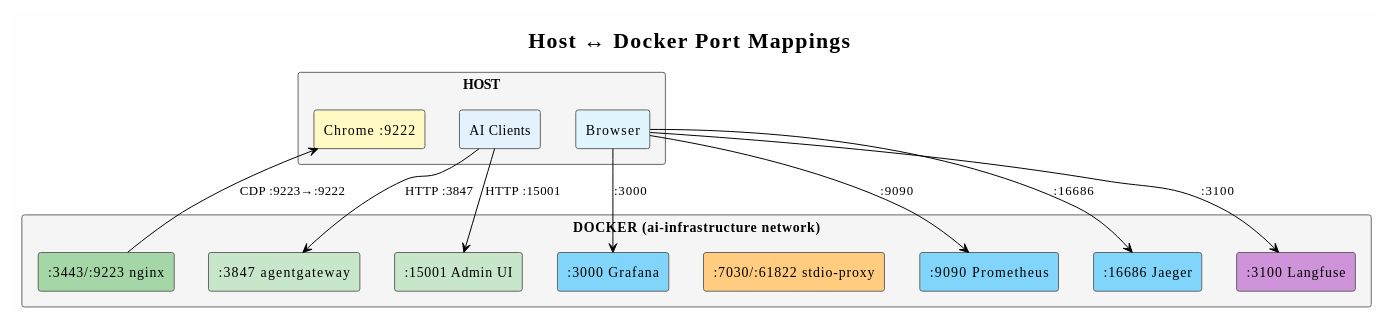
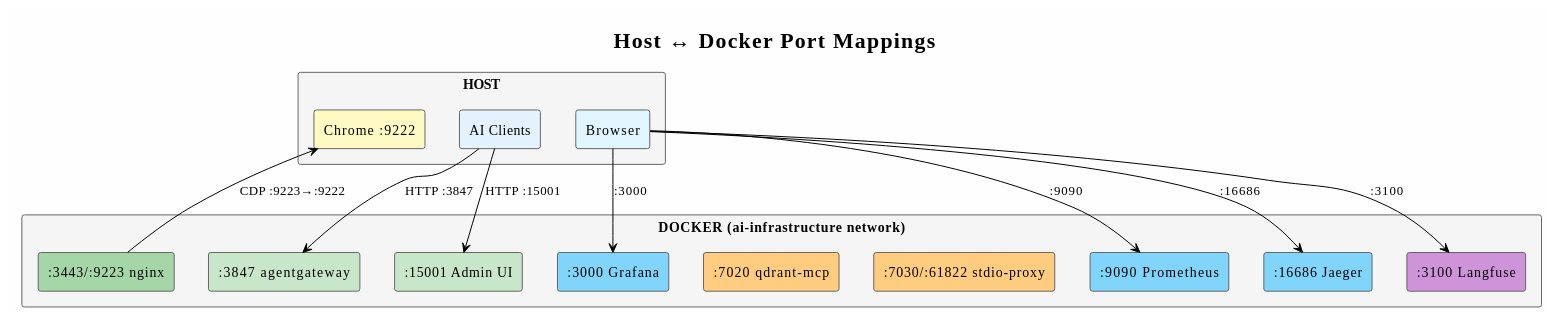
Before and after one commit to bobthearsonist/ai-infrastructure: the second of 2 diagrams in README.md, drawn with PlantUML. The commit also changed other lines of this file and 2 other files, not shown here.

First line of the commit message:
docs: update documentation for qdrant-mcp and cross-platform client config

````diff
--- a/README.md
+++ b/README.md
@@ -130,37 +133,38 @@
 ```plantuml
 @startuml network-ports
 !theme plain
 skinparam backgroundColor #FEFEFE
 skinparam defaultFontName Consolas
 skinparam rectangleBorderColor #666666
 skinparam rectangleBackgroundColor #F5F5F5
 
 title Host ↔ Docker Port Mappings
 
 rectangle "HOST" as host {
   rectangle "AI Clients" as clients #E3F2FD
   rectangle "Chrome :9222" as chrome #FFF9C4
   rectangle "Browser" as browser #E1F5FE
 }
 
 rectangle "DOCKER (ai-infrastructure network)" as docker {
   rectangle ":3847 agentgateway" as gw #C8E6C9
   rectangle ":15001 Admin UI" as admin #C8E6C9
   rectangle ":3443/:9223 nginx" as nginx #A5D6A7
   rectangle ":7030/:61822 stdio-proxy" as stdio #FFCC80
+  rectangle ":7020 qdrant-mcp" as qdrant #FFCC80
   rectangle ":3000 Grafana" as grafana #81D4FA
   rectangle ":9090 Prometheus" as prom #81D4FA
   rectangle ":16686 Jaeger" as jaeger #81D4FA
   rectangle ":3100 Langfuse" as langfuse #CE93D8
 }
 
 clients -down-> gw : "HTTP :3847"
 clients -down-> admin : "HTTP :15001"
 browser -down-> grafana : ":3000"
 browser -down-> prom : ":9090"
 browser -down-> jaeger : ":16686"
 browser -down-> langfuse : ":3100"
 nginx -up-> chrome : "CDP :9223→:9222"
 
 @enduml
 ```
````
